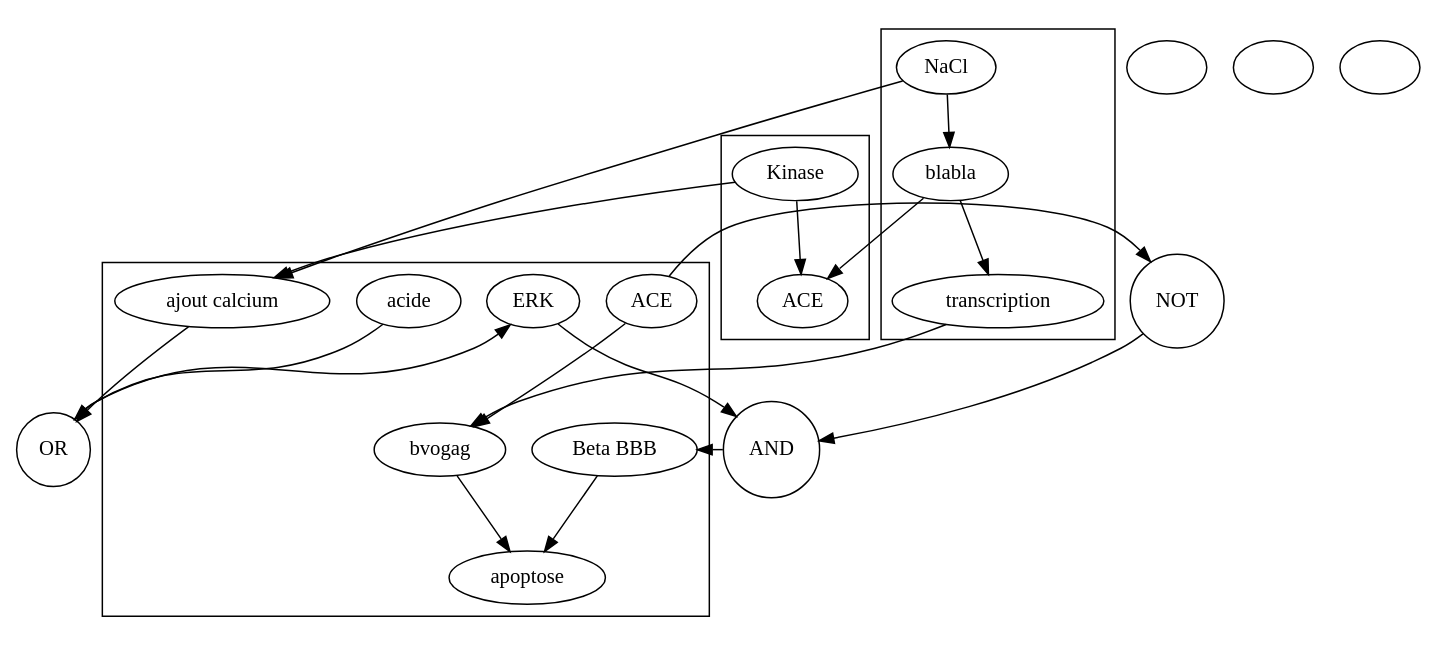
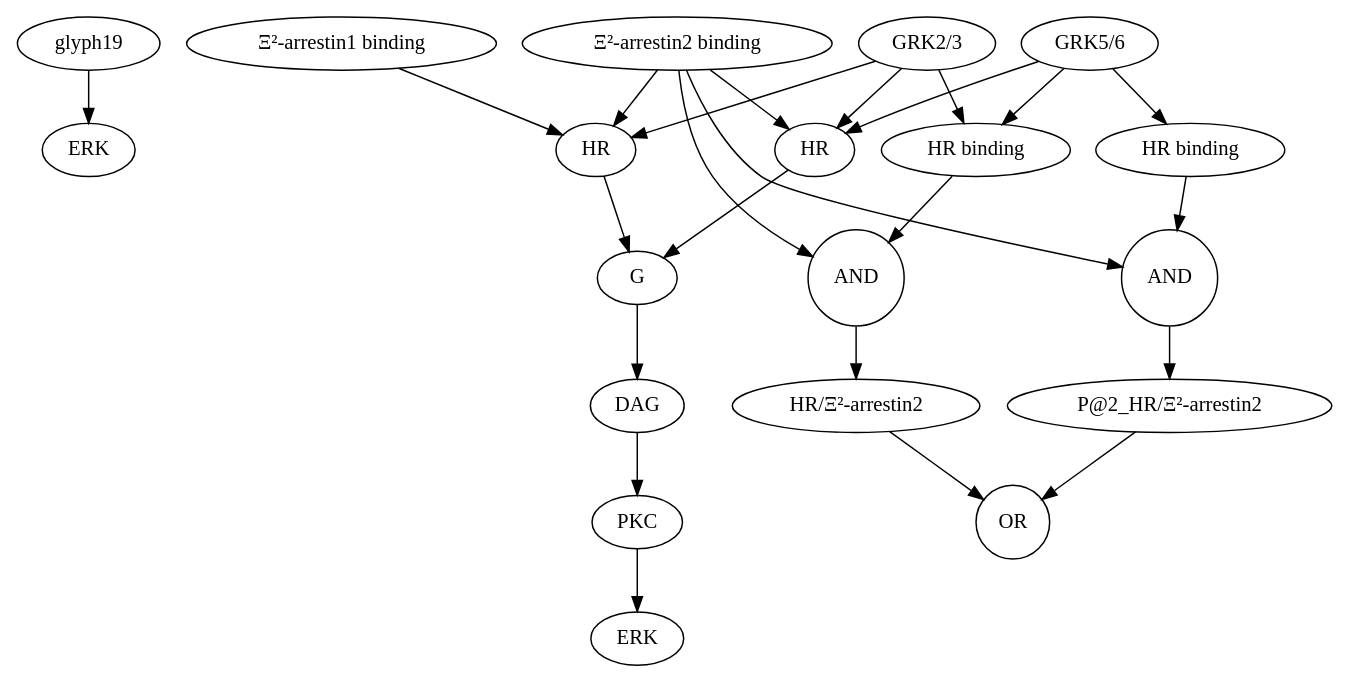
Before and after one commit to eleagreugny/LRI: the diagram in position_graph.gv, drawn with Graphviz. The commit also changed 3 other files, not shown here.

```diff
--- a/position_graph.gv
+++ b/position_graph.gv
@@ -1,43 +1,44 @@
 digraph G {
-	subgraph cluster_0 {
-		glyph12 [label=Kinase]
-		glyph13 [label=ACE]
-	}
-	subgraph cluster_1 {
-		glyph5 [label=ERK]
-		glyph6 [label=acide]
-		glyph9 [label="Beta BBB"]
-		glyph10 [label=apoptose]
-		glyph11 [label=ACE]
-		glyph16 [label="ajout calcium"]
-		glyph18 [label=bvogag]
-	}
-	subgraph cluster_2 {
-		glyph14 [label=blabla]
-		glyph15 [label=NaCl]
-		glyph17 [label=transcription]
-	}
-	glyph1 [label=""]
-	glyph2 [label=""]
-	glyph3 [label=""]
-	glyph4 [label=NOT shape=circle]
-	glyph7 [label=OR shape=circle]
-	glyph8 [label=AND shape=circle]
-		glyph7 -> glyph5 [tailclip=true]
+	glyph1 [label=ERK]
+	glyph2 [label=ERK]
+	glyph3 [label=HR]
+	glyph4 [label=G]
+	glyph5 [label=DAG]
+	glyph6 [label=PKC]
+	glyph7 [label=HR]
+	glyph8 [label="GRK2/3"]
+	glyph9 [label="GRK5/6"]
+	glyph10 [label="HR binding"]
+	glyph11 [label="Ξ²-arrestin2 binding"]
+	glyph12 [label="HR binding"]
+	glyph13 [label="Ξ²-arrestin1 binding"]
+	glyph14 [label="P@2_HR/Ξ²-arrestin2"]
+	glyph15 [label="HR/Ξ²-arrestin2"]
+	glyph16 [label=AND shape=circle]
+	glyph17 [label=AND shape=circle]
+	glyph18 [label=OR shape=circle]
+	glyph19
+		glyph16 -> glyph14 [tailclip=true]
+		glyph17 -> glyph15 [tailclip=true]
+		glyph11 -> glyph3 [tailclip=true]
+		glyph13 -> glyph7 [tailclip=true]
+		glyph11 -> glyph7 [tailclip=true]
+		glyph3 -> glyph4 [tailclip=true]
+		glyph4 -> glyph5 [tailclip=true]
+		glyph5 -> glyph6 [tailclip=true]
+		glyph6 -> glyph2 [tailclip=true]
+		glyph7 -> glyph4 [tailclip=true]
+		glyph8 -> glyph7 [tailclip=true]
 		glyph9 -> glyph10 [tailclip=true]
-		glyph11 -> glyph4 [tailclip=true]
-		glyph4 -> glyph8 [tailclip=true]
-		glyph5 -> glyph8 [tailclip=true]
-		glyph16 -> glyph7 [tailclip=true]
-		glyph6 -> glyph7 [tailclip=true]
-		glyph8 -> glyph9 [tailclip=true]
-		glyph18 -> glyph10 [tailclip=true]
-		glyph11 -> glyph18 [tailclip=true]
-		glyph12 -> glyph16 [tailclip=true]
-		glyph12 -> glyph13 [tailclip=true]
-		glyph14 -> glyph13 [tailclip=true]
-		glyph15 -> glyph14 [tailclip=true]
-		glyph14 -> glyph17 [tailclip=true]
-		glyph15 -> glyph16 [tailclip=true]
-		glyph17 -> glyph18 [tailclip=true]
+		glyph19 -> glyph1 [tailclip=true]
+		glyph8 -> glyph3 [tailclip=true]
+		glyph8 -> glyph12 [tailclip=true]
+		glyph9 -> glyph3 [tailclip=true]
+		glyph9 -> glyph12 [tailclip=true]
+		glyph14 -> glyph18 [tailclip=true]
+		glyph15 -> glyph18 [tailclip=true]
+		glyph10 -> glyph16 [tailclip=true]
+		glyph11 -> glyph16 [tailclip=true]
+		glyph12 -> glyph17 [tailclip=true]
+		glyph11 -> glyph17 [tailclip=true]
 }
```
